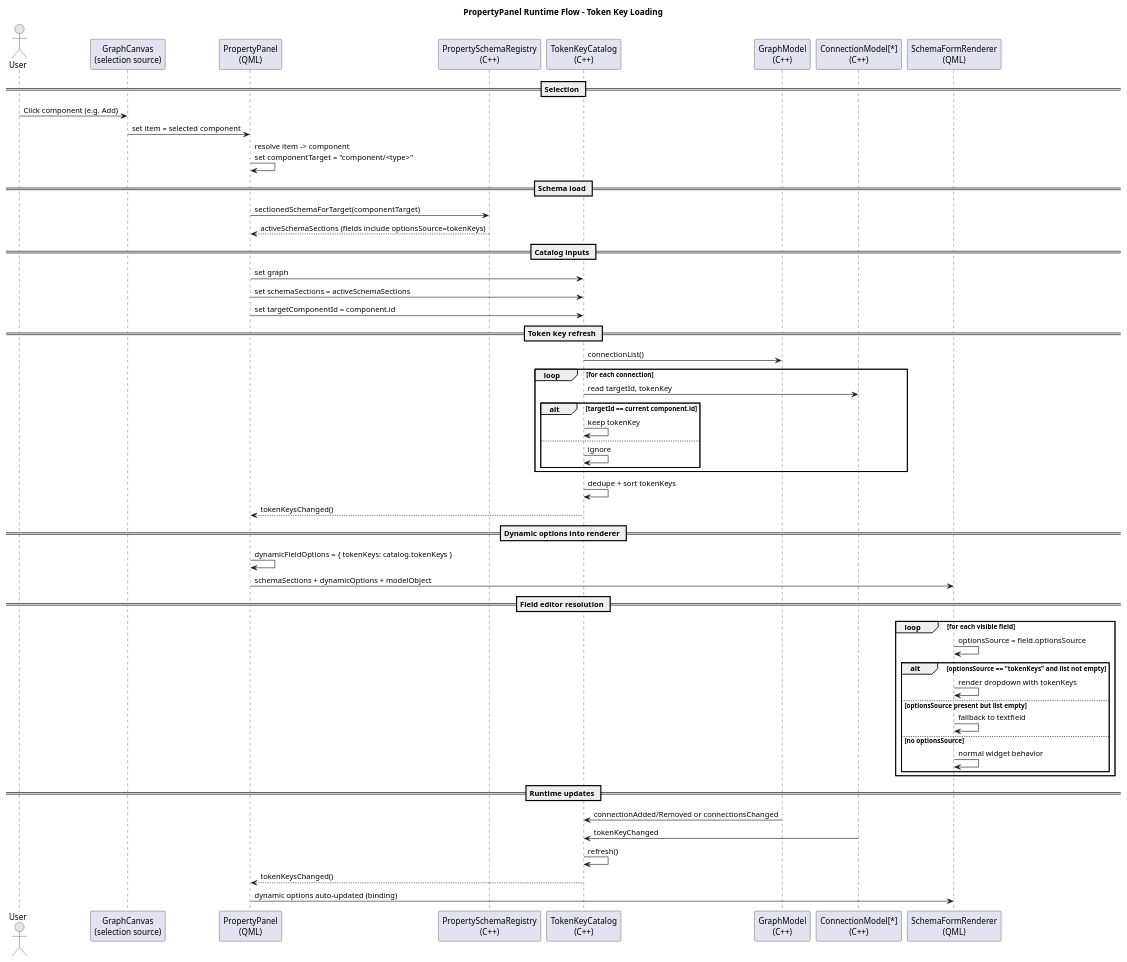
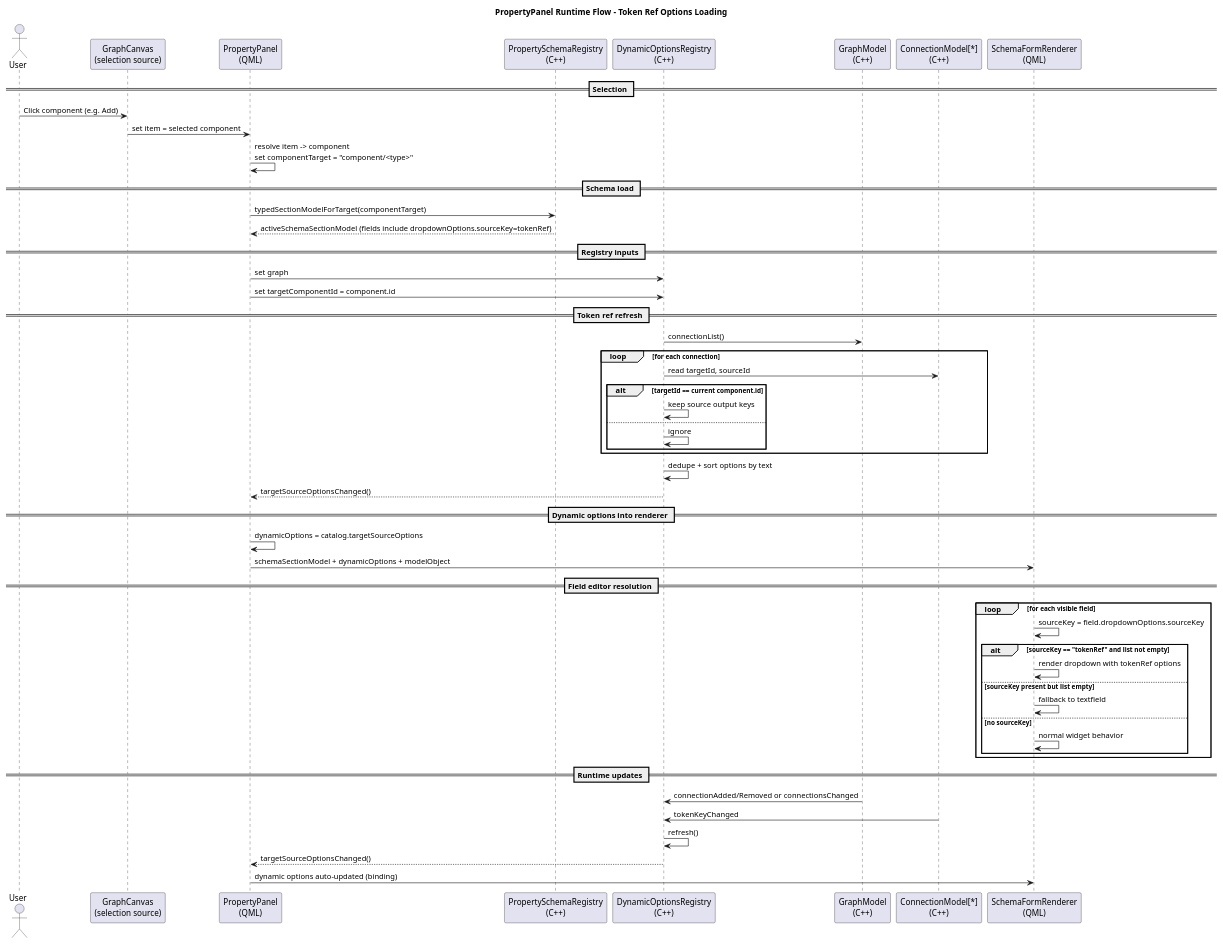
Before and after one commit to kimvnhung/component_map_editor: the diagram in component_map_editor/docs/load_token_keys_squence.puml, drawn with PlantUML. The commit also changed 17 other files, not shown here.

Commit message:
delete token key options

```diff
--- a/component_map_editor/docs/load_token_keys_squence.puml
+++ b/component_map_editor/docs/load_token_keys_squence.puml
@@ -1,63 +1,62 @@
 @startuml
-title PropertyPanel Runtime Flow - Token Key Loading
+title PropertyPanel Runtime Flow - Token Ref Options Loading
 
 actor User
 participant "GraphCanvas\n(selection source)" as Canvas
 participant "PropertyPanel\n(QML)" as Panel
 participant "PropertySchemaRegistry\n(C++)" as SchemaRegistry
-participant "TokenKeyCatalog\n(C++)" as Catalog
+participant "DynamicOptionsRegistry\n(C++)" as Catalog
 participant "GraphModel\n(C++)" as Graph
 participant "ConnectionModel[*]\n(C++)" as Conn
 participant "SchemaFormRenderer\n(QML)" as Renderer
 
 == Selection ==
 User -> Canvas : Click component (e.g. Add)
 Canvas -> Panel : set item = selected component
 Panel -> Panel : resolve item -> component\nset componentTarget = "component/<type>"
 
 == Schema load ==
-Panel -> SchemaRegistry : sectionedSchemaForTarget(componentTarget)
-SchemaRegistry --> Panel : activeSchemaSections (fields include optionsSource=tokenKeys)
+Panel -> SchemaRegistry : typedSectionModelForTarget(componentTarget)
+SchemaRegistry --> Panel : activeSchemaSectionModel (fields include dropdownOptions.sourceKey=tokenRef)
 
-== Catalog inputs ==
+== Registry inputs ==
 Panel -> Catalog : set graph
-Panel -> Catalog : set schemaSections = activeSchemaSections
 Panel -> Catalog : set targetComponentId = component.id
 
-== Token key refresh ==
+== Token ref refresh ==
 Catalog -> Graph : connectionList()
 loop for each connection
-  Catalog -> Conn : read targetId, tokenKey
+  Catalog -> Conn : read targetId, sourceId
   alt targetId == current component.id
-    Catalog -> Catalog : keep tokenKey
+    Catalog -> Catalog : keep source output keys
   else
     Catalog -> Catalog : ignore
   end
 end
-Catalog -> Catalog : dedupe + sort tokenKeys
-Catalog --> Panel : tokenKeysChanged()
+Catalog -> Catalog : dedupe + sort options by text
+Catalog --> Panel : targetSourceOptionsChanged()
 
 == Dynamic options into renderer ==
-Panel -> Panel : dynamicFieldOptions = { tokenKeys: catalog.tokenKeys }
-Panel -> Renderer : schemaSections + dynamicOptions + modelObject
+Panel -> Panel : dynamicOptions = catalog.targetSourceOptions
+Panel -> Renderer : schemaSectionModel + dynamicOptions + modelObject
 
 == Field editor resolution ==
 loop for each visible field
-  Renderer -> Renderer : optionsSource = field.optionsSource
-  alt optionsSource == "tokenKeys" and list not empty
-    Renderer -> Renderer : render dropdown with tokenKeys
-  else optionsSource present but list empty
+  Renderer -> Renderer : sourceKey = field.dropdownOptions.sourceKey
+  alt sourceKey == "tokenRef" and list not empty
+    Renderer -> Renderer : render dropdown with tokenRef options
+  else sourceKey present but list empty
     Renderer -> Renderer : fallback to textfield
-  else no optionsSource
+  else no sourceKey
     Renderer -> Renderer : normal widget behavior
   end
 end
 
 == Runtime updates ==
 Graph -> Catalog : connectionAdded/Removed or connectionsChanged
 Conn -> Catalog : tokenKeyChanged
 Catalog -> Catalog : refresh()
-Catalog --> Panel : tokenKeysChanged()
+Catalog --> Panel : targetSourceOptionsChanged()
 Panel -> Renderer : dynamic options auto-updated (binding)
 
 @enduml
```
